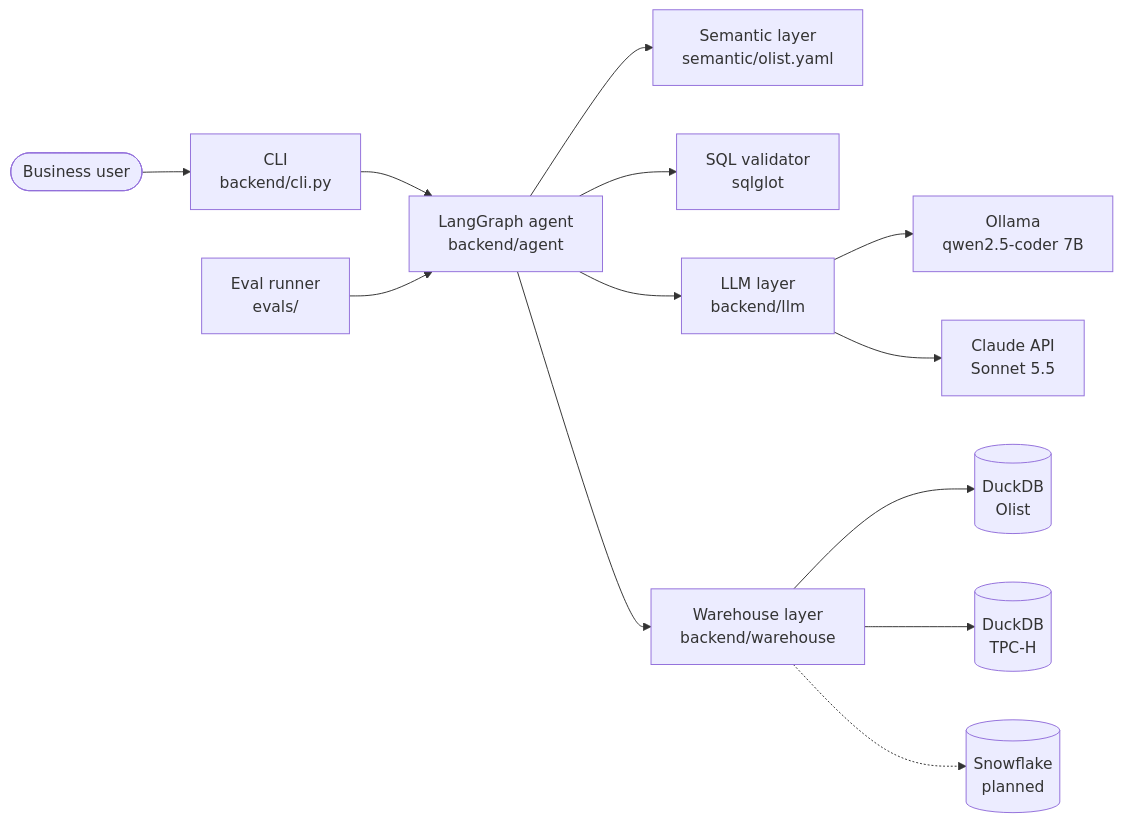
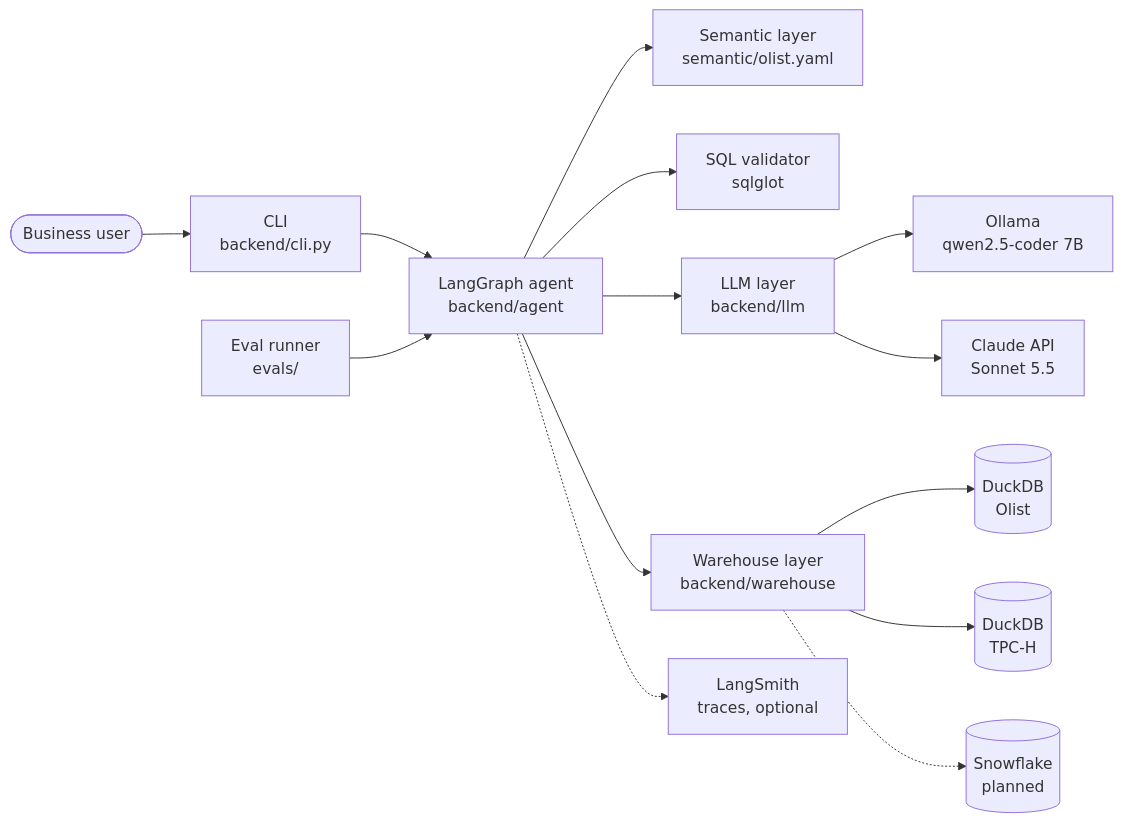
Before and after one commit to MelcoolA/querypilot: the first of 2 diagrams in README.md, drawn with Mermaid. The commit also changed other lines of this file and 10 other files, not shown here.

First line of the commit message:
Add LangSmith tracing (last Phase 2 item)

````diff
--- a/README.md
+++ b/README.md
@@ -89,15 +89,16 @@
 ```mermaid
 flowchart LR
     U([Business user]) --> CLI[CLI<br/>backend/cli.py]
     CLI --> AG[LangGraph agent<br/>backend/agent]
     EV[Eval runner<br/>evals/] --> AG
     AG --> SEM[Semantic layer<br/>semantic/olist.yaml]
     AG --> VAL[SQL validator<br/>sqlglot]
     AG --> LLM[LLM layer<br/>backend/llm]
     LLM --> OL[Ollama<br/>qwen2.5-coder 7B]
     LLM --> CL[Claude API<br/>Sonnet 5.5]
     AG --> WH[Warehouse layer<br/>backend/warehouse]
     WH --> D1[(DuckDB<br/>Olist)]
     WH --> D2[(DuckDB<br/>TPC-H)]
     WH -.-> SF[(Snowflake<br/>planned)]
+    AG -.-> LS[LangSmith<br/>traces, optional]
 ```
````
